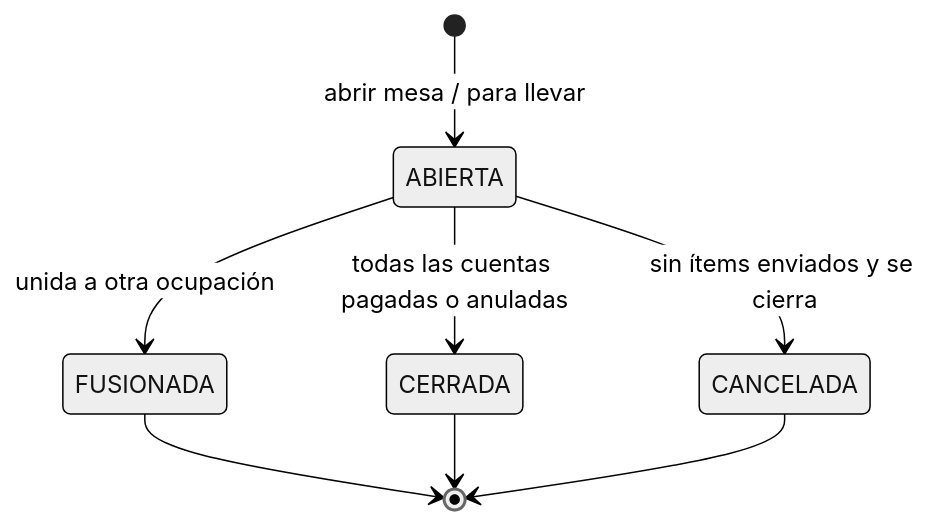
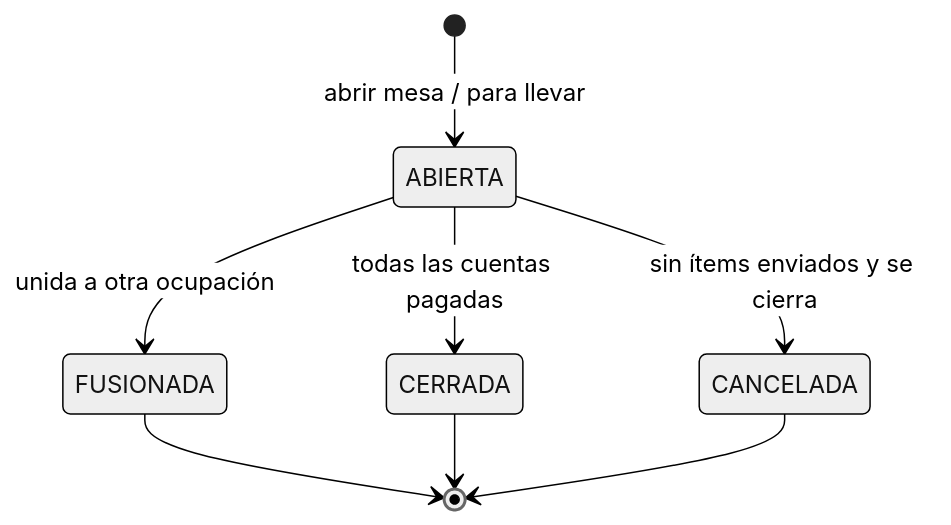
One commit to PabloReyes1/mise-by-rengo changed the fourth of 10 diagrams in Docs/05-flujos-y-estados.md. Above: the diagram before and after it, drawn with Mermaid (neutral theme). The commit also changed other lines of this file and 103 other files, not shown here.

````diff
--- a/Docs/05-flujos-y-estados.md
+++ b/Docs/05-flujos-y-estados.md
@@ -208,10 +211,10 @@
 ```mermaid
 stateDiagram-v2
     [*] --> ABIERTA: abrir mesa / para llevar
     ABIERTA --> FUSIONADA: unida a otra ocupación
-    ABIERTA --> CERRADA: todas las cuentas pagadas o anuladas
+    ABIERTA --> CERRADA: todas las cuentas pagadas
     ABIERTA --> CANCELADA: sin ítems enviados y se cierra
     FUSIONADA --> [*]
     CERRADA --> [*]
     CANCELADA --> [*]
 ```
````
